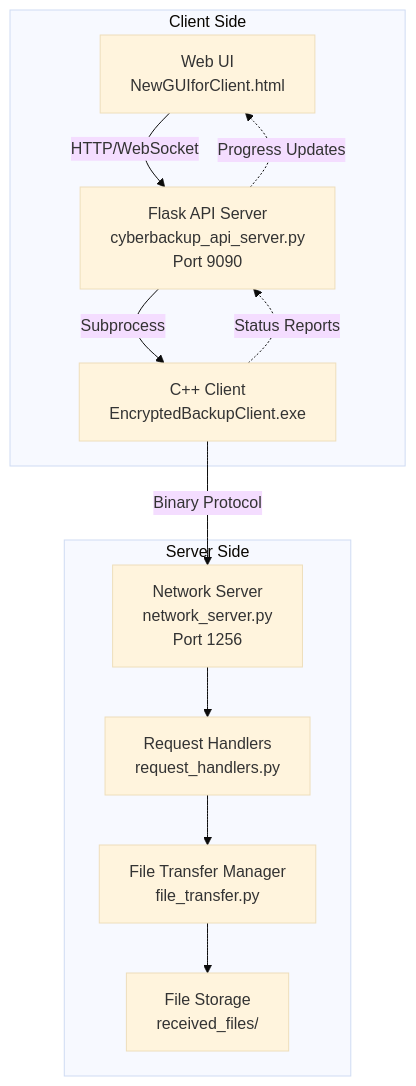
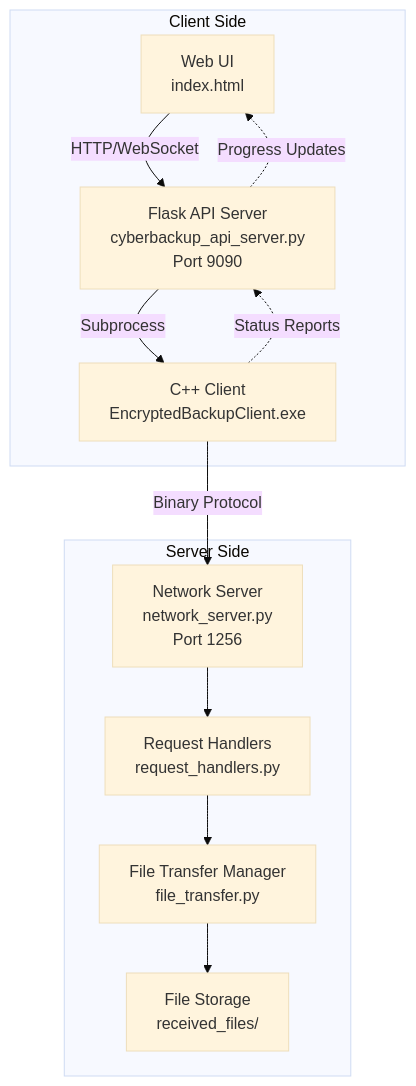
Before and after one commit to TomShtern/client-server-encrypted-backup-framework-clean: the first of 5 diagrams in docs/PROJECT_OVERVIEW.md, drawn with Mermaid (base theme). The commit also changed other lines of this file and 34 other files, not shown here.

````diff
--- a/docs/PROJECT_OVERVIEW.md
+++ b/docs/PROJECT_OVERVIEW.md
@@ -30,25 +30,25 @@
 ```mermaid
 graph TB
     subgraph "Client Side"
-        UI[Web UI<br/>NewGUIforClient.html]
+        UI[Web UI<br/>index.html]
         API[Flask API Server<br/>cyberbackup_api_server.py<br/>Port 9090]
         CPP[C++ Client<br/>EncryptedBackupClient.exe]
     end
 
     subgraph "Server Side"
         NS[Network Server<br/>network_server.py<br/>Port 1256]
         RH[Request Handlers<br/>request_handlers.py]
         FT[File Transfer Manager<br/>file_transfer.py]
         FS[File Storage<br/>received_files/]
     end
 
     UI -->|HTTP/WebSocket| API
     API -->|Subprocess| CPP
     CPP -->|Binary Protocol| NS
     NS --> RH
     RH --> FT
     FT --> FS
 
     API -.->|Progress Updates| UI
     CPP -.->|Status Reports| API
 ```
````
